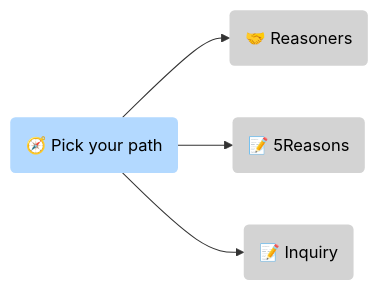
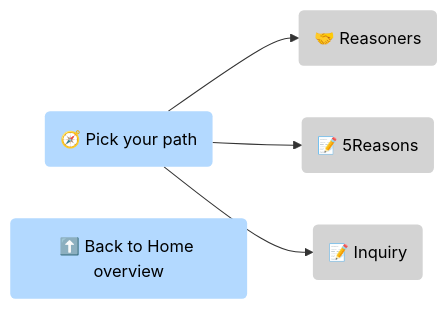
One commit to 5Reasons/5reasons.github.io changed the fifth of 5 diagrams in docs/index.md. Above: the diagram before and after it, drawn with Mermaid. The commit also changed other lines of this file and 14 other files, not shown here.

````diff
--- a/docs/index.md
+++ b/docs/index.md
@@ -203,18 +290,21 @@
 ```mermaid
 flowchart LR
 classDef i fill:#D3D3D3,stroke-width:0px,color:#000;
 classDef p fill:#B3D9FF,stroke-width:0px,color:#000;
 
 P_Pick("🧭 Pick your path"):::p
 I_Reasoners("🤝 Reasoners"):::i
 I_5Reasons("📝 5Reasons"):::i
 I_Inquiry("📝 Inquiry"):::i
 
 P_Pick --> I_Reasoners
 P_Pick --> I_5Reasons
 P_Pick --> I_Inquiry
 
+P_Home("⬆️ Back to Home overview"):::p
+
 click I_Reasoners "/reasoners/" "Reasoners"
 click I_5Reasons "/blog/" "Blog"
 click I_Inquiry "/home/inquiry/" "Inquiry"
+click P_Home "/#what-we-build" "Back to the main process map"
 ```
````
